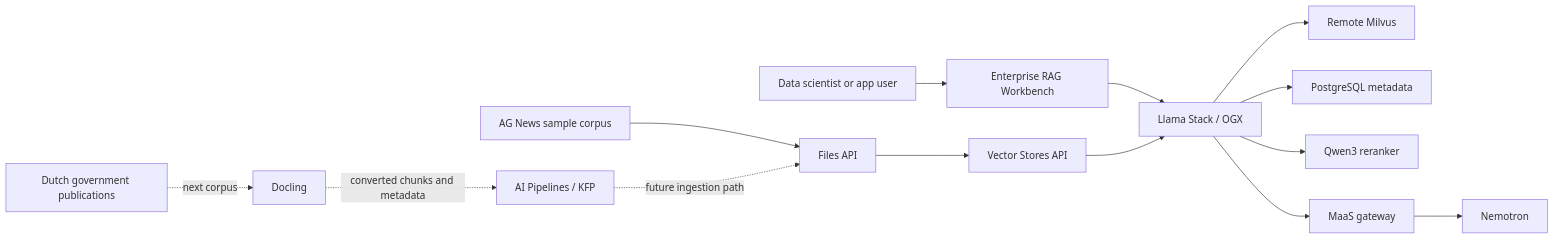
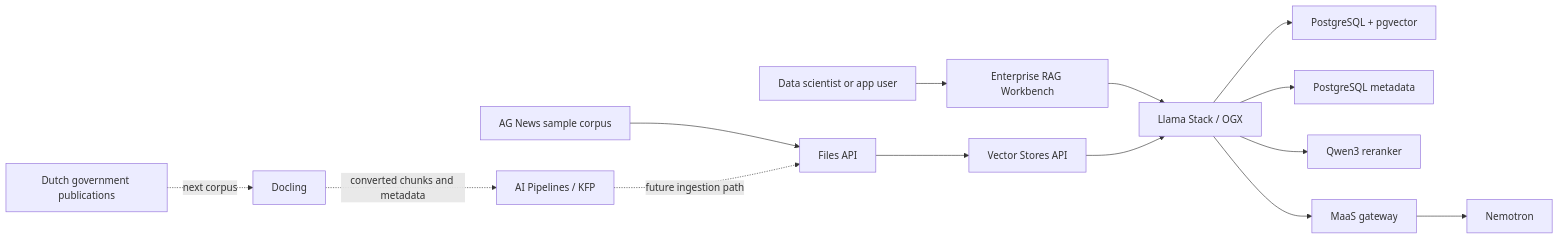
One commit to adnan-drina/rhoai3-demo changed the diagram in stage-230-private-data-rag/README.md. Above: the diagram before and after it, drawn with Mermaid. The commit also changed other lines of this file and 28 other files, not shown here.

````diff
--- a/stage-230-private-data-rag/README.md
+++ b/stage-230-private-data-rag/README.md
@@ -71,31 +70,31 @@
 ```mermaid
 flowchart LR
   user["Data scientist or app user"]
   corpus["AG News sample corpus"]
   files["Files API"]
   vectors["Vector Stores API"]
   stack["Llama Stack / OGX"]
-  milvus["Remote Milvus"]
+  pgvector["PostgreSQL + pgvector"]
   pg["PostgreSQL metadata"]
   reranker["Qwen3 reranker"]
   workbench["Enterprise RAG Workbench"]
   maas["MaaS gateway"]
   nemotron["Nemotron"]
   nl_docs["Dutch government publications"]
   docling["Docling"]
   kfp["AI Pipelines / KFP"]
 
   user --> workbench
   workbench --> stack
   corpus --> files
   files --> vectors
   vectors --> stack
-  stack --> milvus
+  stack --> pgvector
   stack --> pg
   stack --> reranker
   stack --> maas
   maas --> nemotron
   nl_docs -. "next corpus" .-> docling
   docling -. "converted chunks and metadata" .-> kfp
   kfp -. "future ingestion path" .-> files
 ```
````
